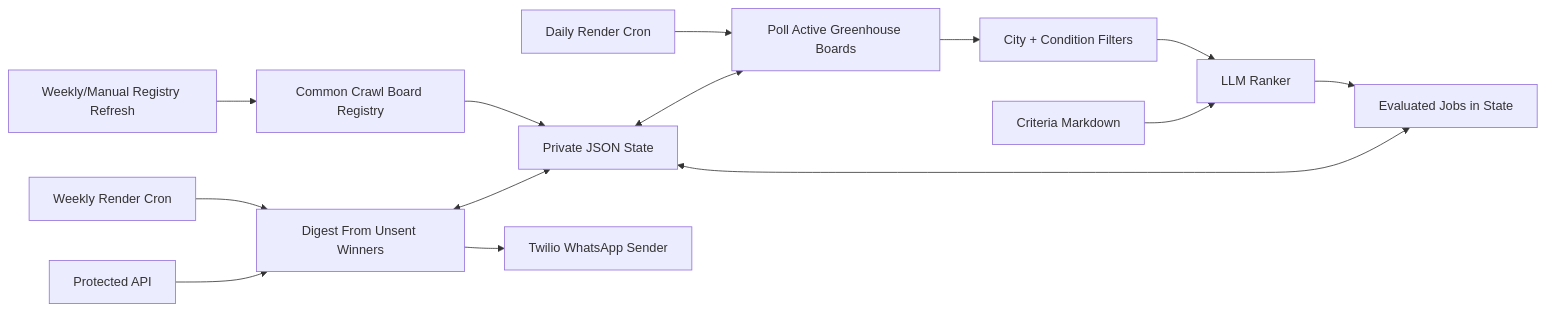
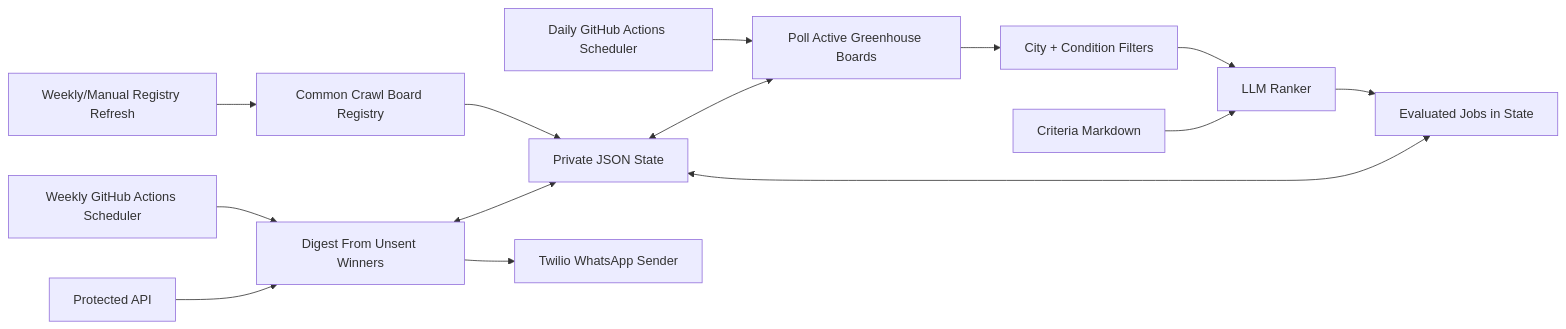
Before and after one commit to GarrettAudet/schwarzman-opportunity-radar: the diagram in README.md, drawn with Mermaid. The commit also changed other lines of this file and 5 other files, not shown here.

````diff
--- a/README.md
+++ b/README.md
@@ -22,16 +22,16 @@
 ```mermaid
 flowchart LR
     A[Weekly/Manual Registry Refresh] --> B[Common Crawl Board Registry]
     B --> C[Private JSON State]
-    D[Daily Render Cron] --> E[Poll Active Greenhouse Boards]
+    D[Daily GitHub Actions Scheduler] --> E[Poll Active Greenhouse Boards]
     C <--> E
     E --> F[City + Condition Filters]
     F --> G[LLM Ranker]
     G --> H[Evaluated Jobs in State]
     H <--> C
-    I[Weekly Render Cron] --> J[Digest From Unsent Winners]
+    I[Weekly GitHub Actions Scheduler] --> J[Digest From Unsent Winners]
     J <--> C
     J --> K[Twilio WhatsApp Sender]
     L[Protected API] --> J
     M[Criteria Markdown] --> G
 ```
````
